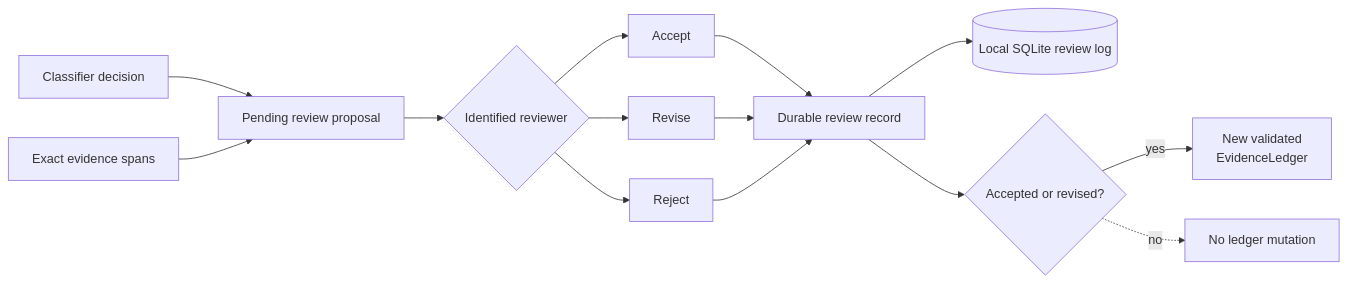
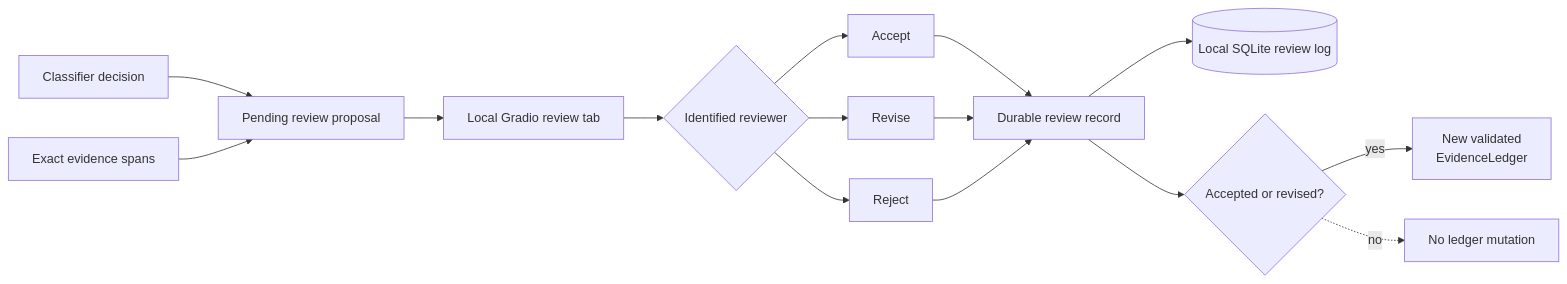
Before and after one commit to BrentWilkins/author-corpus-rag: the seventh of 7 diagrams in docs/architecture.md, drawn with Mermaid. The commit also changed other lines of this file and 11 other files, not shown here.

Commit message:
Expose claim review controls in Gradio

````diff
--- a/docs/architecture.md
+++ b/docs/architecture.md
@@ -335,29 +335,30 @@
 ```mermaid
 flowchart LR
     decision[Classifier decision]
     spans[Exact evidence spans]
     proposal[Pending review proposal]
+    ui[Local Gradio review tab]
     human{Identified reviewer}
     accept[Accept]
     revise[Revise]
     reject[Reject]
     record[Durable review record]
     store[(Local SQLite review log)]
     applicable{Accepted or revised?}
     ledger[New validated<br/>EvidenceLedger]
     blocked[No ledger mutation]
 
     decision --> proposal
     spans --> proposal
-    proposal --> human
+    proposal --> ui --> human
     human --> accept
     human --> revise
     human --> reject
     accept --> record
     revise --> record
     reject --> record
     record --> store
     record --> applicable
     applicable -->|yes| ledger
     applicable -. no .-> blocked
 ```
````
